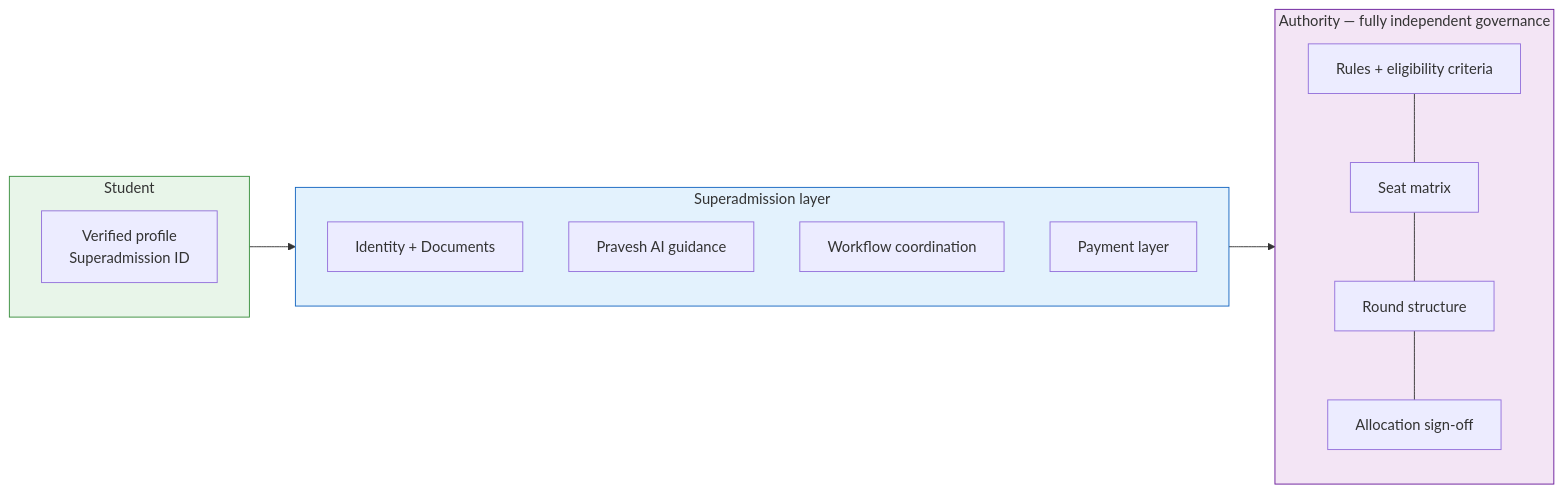
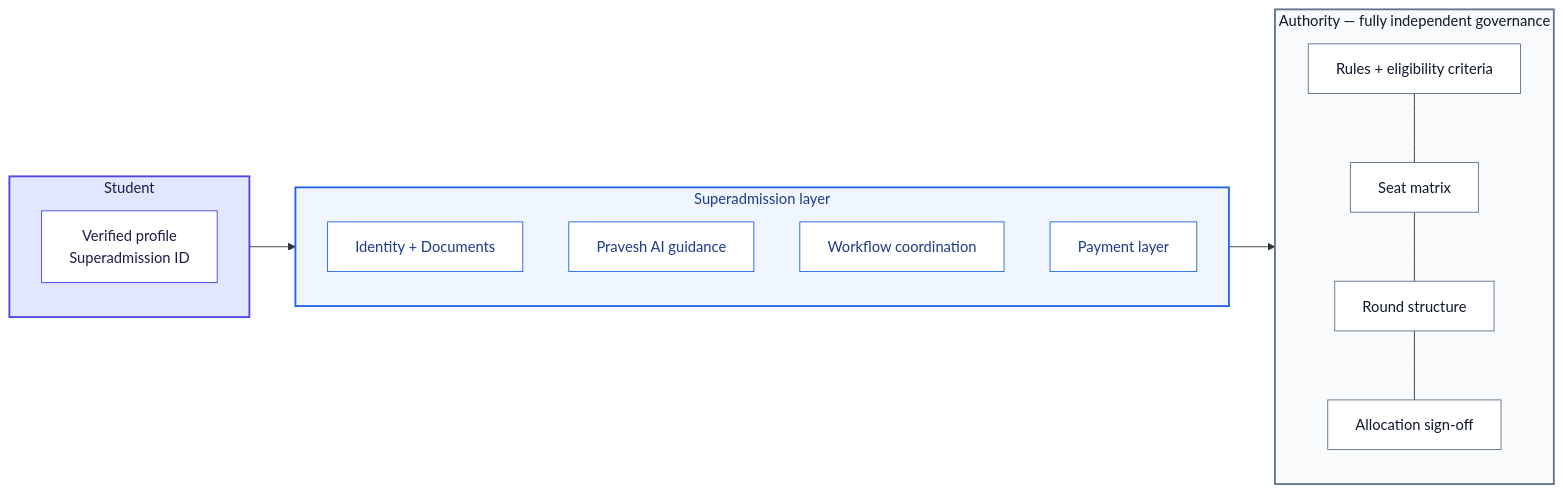
The second of 3 diagrams in Stakeholders/Counselling-Authorities.mdx (aashrutsharma2/docs), drawn with Mermaid before and after one commit. The commit also changed other lines of this file and 3 other files, not shown here.

````diff
--- a/Stakeholders/Counselling-Authorities.mdx
+++ b/Stakeholders/Counselling-Authorities.mdx
@@ -59,30 +60,41 @@
 ```mermaid
 flowchart LR
     subgraph S["Student"]
         ST[Verified profile\nSuperadmission ID]
     end
 
     subgraph P["Superadmission layer"]
         direction TB
         ID[Identity + Documents]
         G[Pravesh AI guidance]
         WF[Workflow coordination]
         PAY[Payment layer]
     end
 
     subgraph A["Authority — fully independent governance"]
         direction TB
         R[Rules + eligibility criteria]
         M[Seat matrix]
         RD[Round structure]
         AL[Allocation sign-off]
     end
 
     S --> P
     P --> A
     R --- M --- RD --- AL
 
-    style S fill:#e8f5e9,stroke:#388e3c
-    style P fill:#e3f2fd,stroke:#1565c0
-    style A fill:#f3e5f5,stroke:#6a1b9a
+    %% Cohesive Palette Stylings %%
+    style S fill:#e0e7ff,stroke:#4f46e5,stroke-width:2px,color:#1e1b4b
+    style P fill:#eff6ff,stroke:#2563eb,stroke-width:2px,color:#1e3a8a
+    style A fill:#f8fafc,stroke:#64748b,stroke-width:2px,color:#0f172a
+    
+    style ST fill:#ffffff,stroke:#4f46e5,color:#1e1b4b
+    style ID fill:#ffffff,stroke:#2563eb,color:#1e3a8a
+    style G fill:#ffffff,stroke:#2563eb,color:#1e3a8a
+    style WF fill:#ffffff,stroke:#2563eb,color:#1e3a8a
+    style PAY fill:#ffffff,stroke:#2563eb,color:#1e3a8a
+    style R fill:#ffffff,stroke:#64748b,color:#0f172a
+    style M fill:#ffffff,stroke:#64748b,color:#0f172a
+    style RD fill:#ffffff,stroke:#64748b,color:#0f172a
+    style AL fill:#ffffff,stroke:#64748b,color:#0f172a
 ```
````
